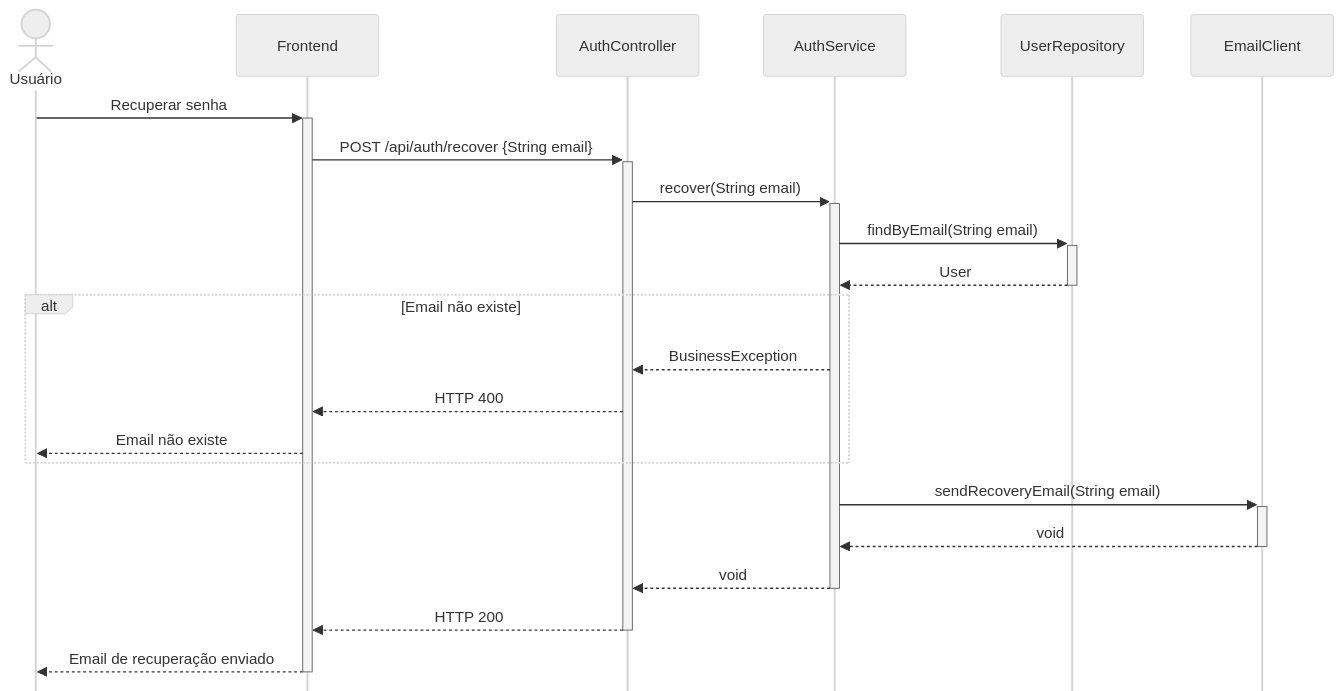
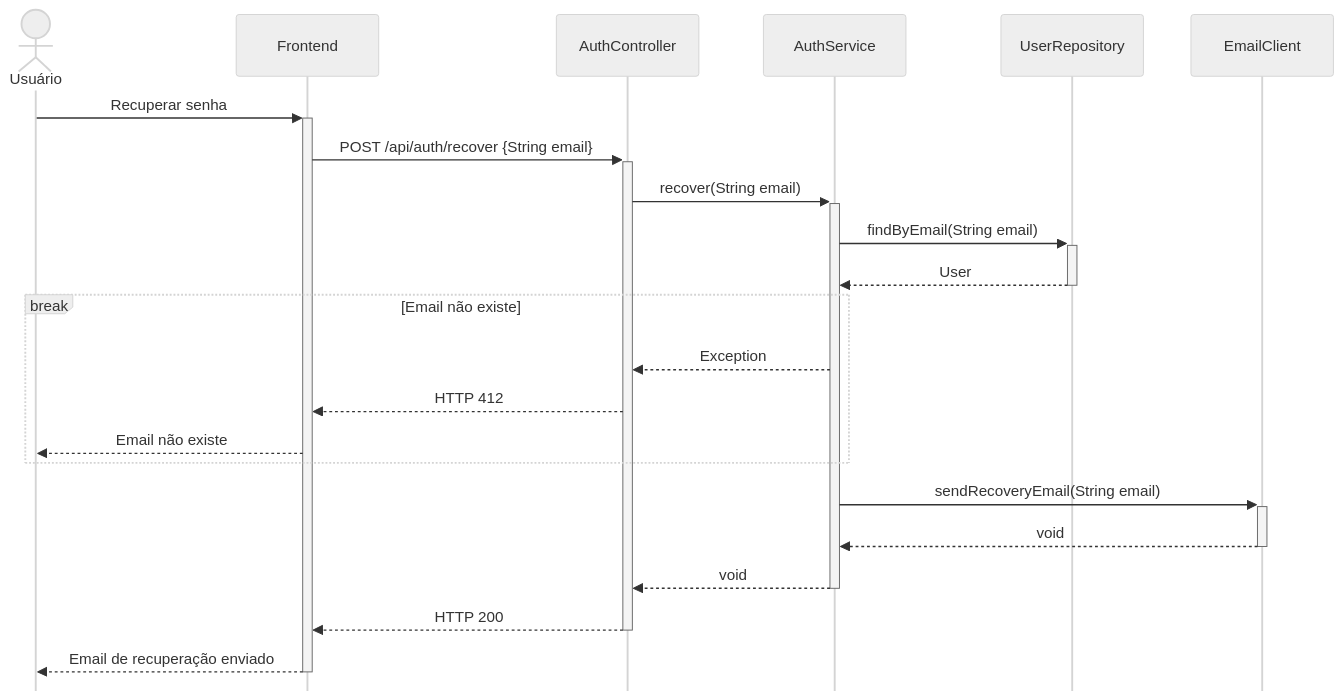
The diagram in docs/Diagramas de Sequência/07 Recuperar senha.mmd (feliquisds/cooker-api), drawn with Mermaid (neutral theme) before and after one commit. The commit also changed 16 other files, not shown here.

```diff
--- a/docs/Diagramas de Sequência/07 Recuperar senha.mmd
+++ b/docs/Diagramas de Sequência/07 Recuperar senha.mmd
@@ -1,30 +1,30 @@
 ---
 config:
     mirrorActors: false
 ---
 
 sequenceDiagram
     actor U as Usuário
     participant F as Frontend
     participant C as AuthController
     participant S as AuthService
     participant R as UserRepository
     participant E as EmailClient
 
     U->>+F: Recuperar senha
     F->>+C: POST /api/auth/recover {String email}
     C->>+S: recover(String email)
 
     S->>+R: findByEmail(String email)
     R-->>-S: User
-    alt Email não existe
-        S-->>C: BusinessException
-        C-->>F: HTTP 400
+    break Email não existe
+        S-->>C: Exception
+        C-->>F: HTTP 412
         F-->>U: Email não existe
     end
 
     S->>+E: sendRecoveryEmail(String email)
     E-->>-S: void
     S-->>-C: void
     C-->>-F: HTTP 200
     F-->>-U: Email de recuperação enviado
```
